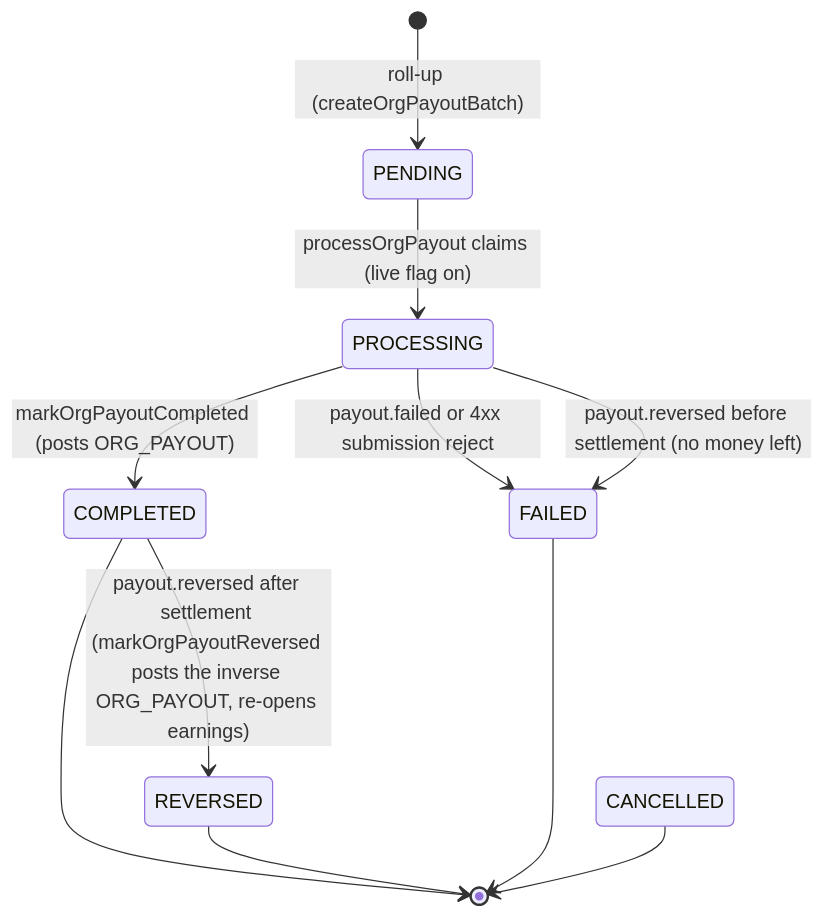
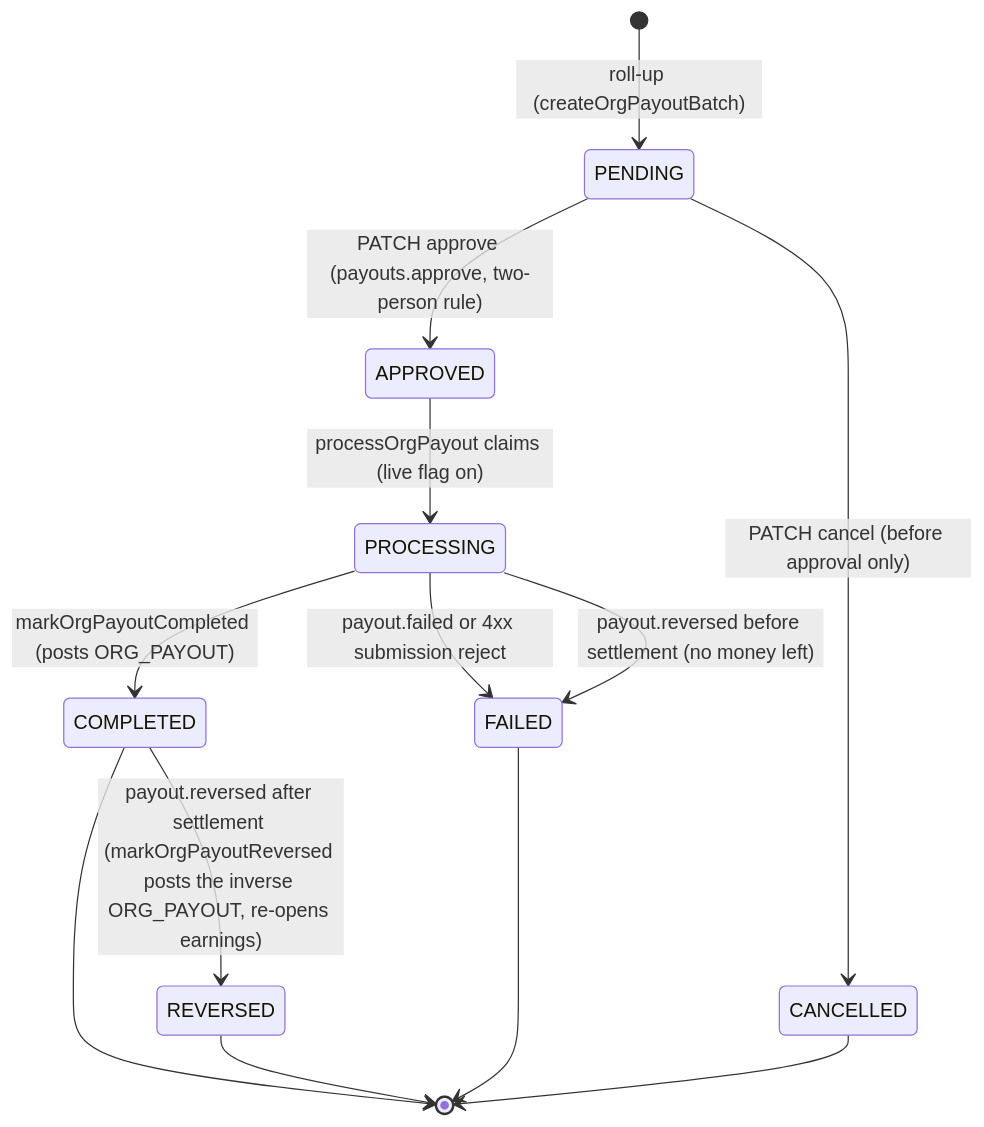
One commit to Practitionist/familiarise_web changed the first of 2 diagrams in docs/enterprise/10-money-and-ledger/07-payout-pipeline.md. Above: the diagram before and after it, drawn with Mermaid. The commit also changed other lines of this file and 3 other files, not shown here.

First line of the commit message:
docs(payouts): #1527 — how payouts work, org approval before payment, go-live steps

````diff
--- a/docs/enterprise/10-money-and-ledger/07-payout-pipeline.md
+++ b/docs/enterprise/10-money-and-ledger/07-payout-pipeline.md
@@ -49,13 +49,15 @@
 ```mermaid
 stateDiagram-v2
   [*] --> PENDING: roll-up (createOrgPayoutBatch)
-  PENDING --> PROCESSING: processOrgPayout claims (live flag on)
+  PENDING --> APPROVED: PATCH approve (payouts.approve, two-person rule)
+  PENDING --> CANCELLED: PATCH cancel (before approval only)
+  APPROVED --> PROCESSING: processOrgPayout claims (live flag on)
   PROCESSING --> COMPLETED: markOrgPayoutCompleted (posts ORG_PAYOUT)
   PROCESSING --> FAILED: payout.failed or 4xx submission reject
   PROCESSING --> FAILED: payout.reversed before settlement (no money left)
   COMPLETED --> REVERSED: payout.reversed after settlement (markOrgPayoutReversed posts the inverse ORG_PAYOUT, re-opens earnings)
   COMPLETED --> [*]
   REVERSED --> [*]
   FAILED --> [*]
   CANCELLED --> [*]
 ```
````
